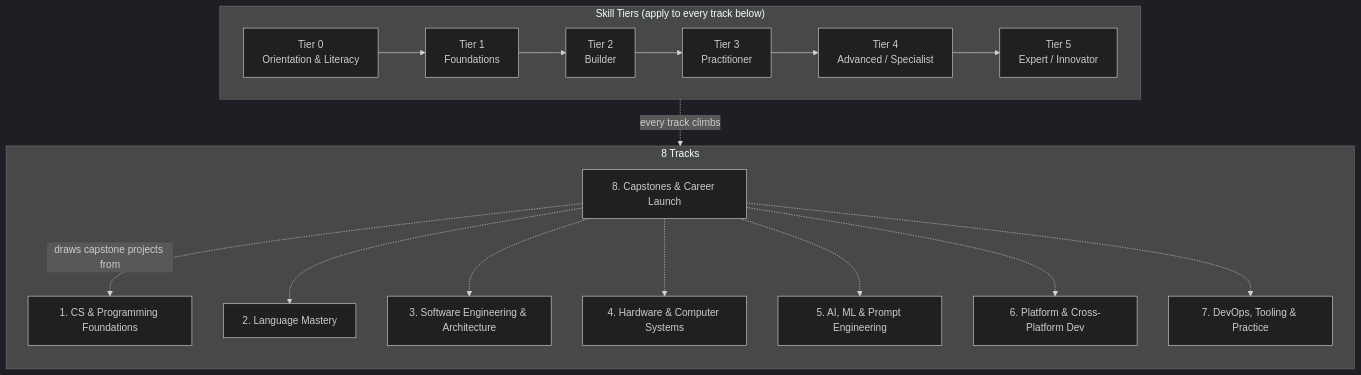
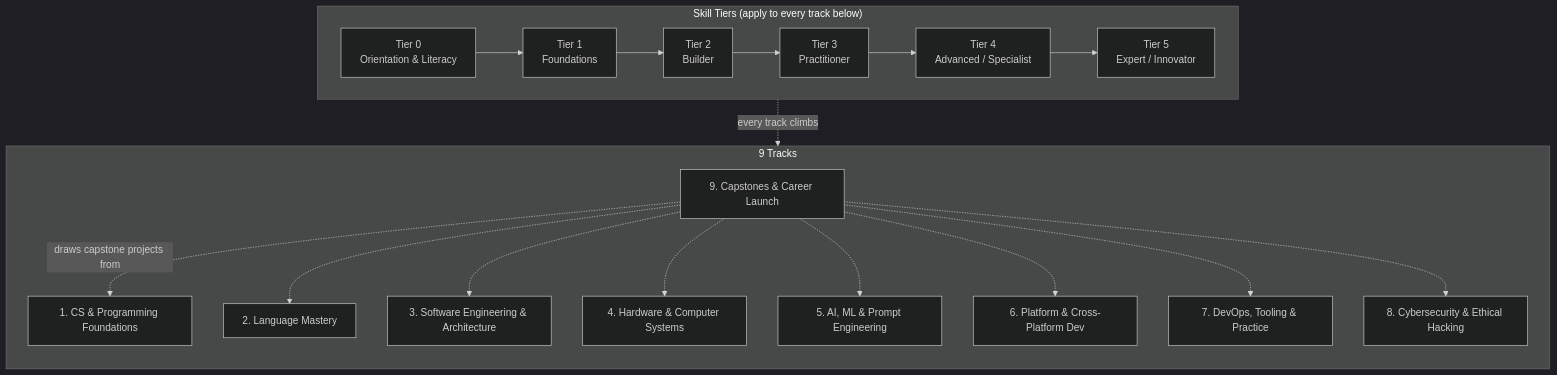
Before and after one commit to CosmicGrub/The-Manual: the diagram in docs/diagrams/curriculum-map.mmd, drawn with Mermaid (dark theme). The commit also changed 9 other files, not shown here.

```diff
--- a/docs/diagrams/curriculum-map.mmd
+++ b/docs/diagrams/curriculum-map.mmd
@@ -1,32 +1,34 @@
-%% The Manual — curriculum map: 8 tracks x 6 tiers.
+%% The Manual — curriculum map: 9 tracks x 6 tiers.
 %% Render with any Mermaid viewer (GitHub renders .mmd inline; mermaid.live for a quick check).
 flowchart TB
     subgraph Tiers["Skill Tiers (apply to every track below)"]
         direction LR
         T0["Tier 0\nOrientation & Literacy"] --> T1["Tier 1\nFoundations"]
         T1 --> T2["Tier 2\nBuilder"]
         T2 --> T3["Tier 3\nPractitioner"]
         T3 --> T4["Tier 4\nAdvanced / Specialist"]
         T4 --> T5["Tier 5\nExpert / Innovator"]
     end
 
-    subgraph Tracks["8 Tracks"]
+    subgraph Tracks["9 Tracks"]
         direction TB
         TR1["1. CS & Programming Foundations"]
         TR2["2. Language Mastery"]
         TR3["3. Software Engineering & Architecture"]
         TR4["4. Hardware & Computer Systems"]
         TR5["5. AI, ML & Prompt Engineering"]
         TR6["6. Platform & Cross-Platform Dev"]
         TR7["7. DevOps, Tooling & Practice"]
-        TR8["8. Capstones & Career Launch"]
+        TR8["8. Cybersecurity & Ethical Hacking"]
+        TR9["9. Capstones & Career Launch"]
     end
 
     Tiers -.every track climbs.-> Tracks
-    TR8 -.draws capstone projects from.-> TR1
-    TR8 -.-> TR2
-    TR8 -.-> TR3
-    TR8 -.-> TR4
-    TR8 -.-> TR5
-    TR8 -.-> TR6
-    TR8 -.-> TR7
+    TR9 -.draws capstone projects from.-> TR1
+    TR9 -.-> TR2
+    TR9 -.-> TR3
+    TR9 -.-> TR4
+    TR9 -.-> TR5
+    TR9 -.-> TR6
+    TR9 -.-> TR7
+    TR9 -.-> TR8
```
